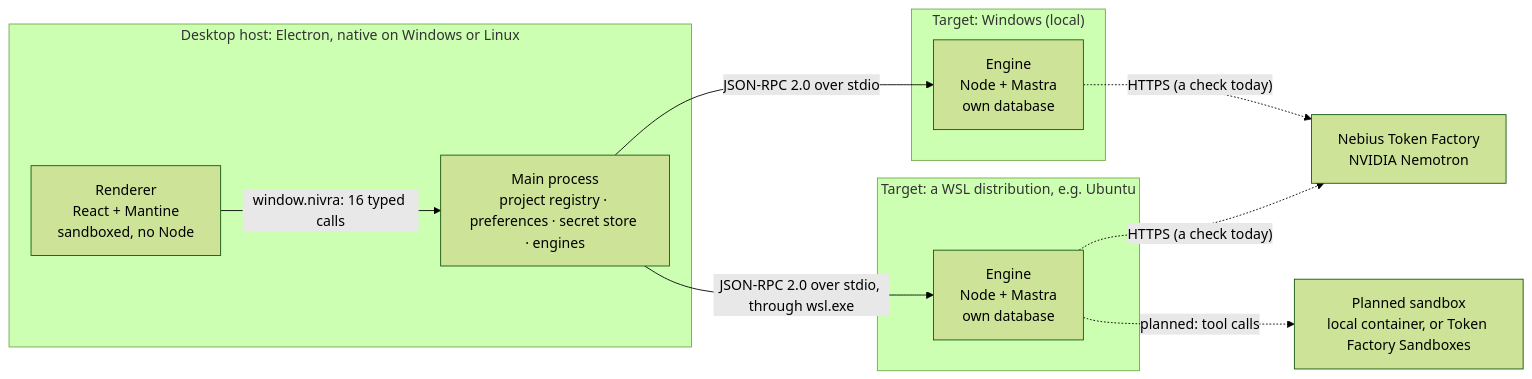
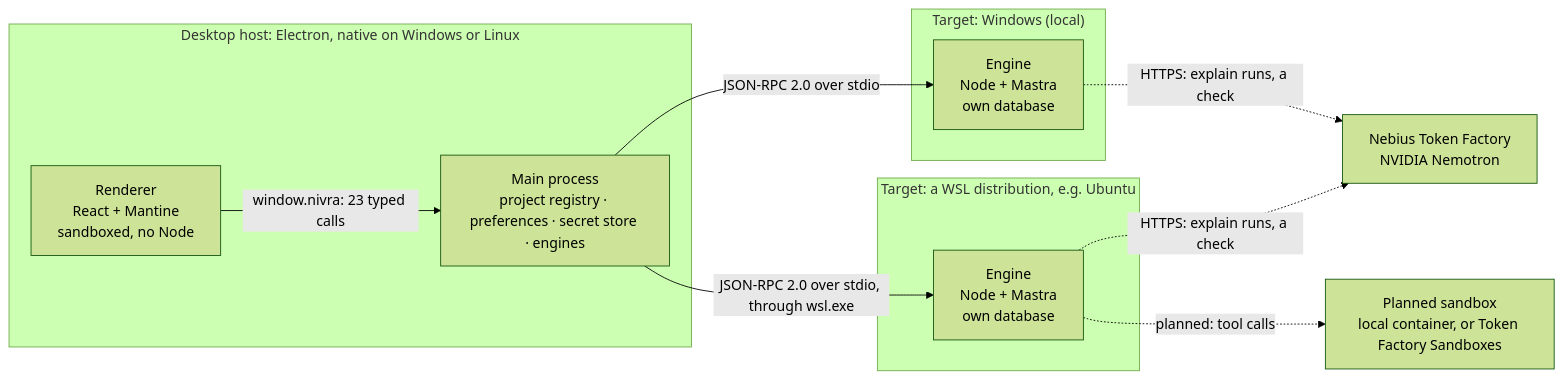
One commit to xXValhallaCoderXx/nivra-orchestrator changed the first of 4 diagrams in system-architecture.md. Above: the diagram before and after it, drawn with Mermaid (forest theme). The commit also changed other lines of this file and 71 other files, not shown here.

````diff
--- a/system-architecture.md
+++ b/system-architecture.md
@@ -61,19 +65,19 @@
 ```mermaid
 flowchart LR
   subgraph Host["Desktop host: Electron, native on Windows or Linux"]
     R["Renderer<br/>React + Mantine<br/>sandboxed, no Node"]
     M["Main process<br/>project registry · preferences · secret store · engines"]
-    R -- "window.nivra: 16 typed calls" --> M
+    R -- "window.nivra: 23 typed calls" --> M
   end
   subgraph W["Target: Windows (local)"]
     E1["Engine<br/>Node + Mastra<br/>own database"]
   end
   subgraph L["Target: a WSL distribution, e.g. Ubuntu"]
     E2["Engine<br/>Node + Mastra<br/>own database"]
   end
   M -- "JSON-RPC 2.0 over stdio" --> E1
   M -- "JSON-RPC 2.0 over stdio, through wsl.exe" --> E2
-  E1 -. "HTTPS (a check today)" .-> TF["Nebius Token Factory<br/>NVIDIA Nemotron"]
-  E2 -. "HTTPS (a check today)" .-> TF
+  E1 -. "HTTPS: explain runs, a check" .-> TF["Nebius Token Factory<br/>NVIDIA Nemotron"]
+  E2 -. "HTTPS: explain runs, a check" .-> TF
   E2 -. "planned: tool calls" .-> SB["Planned sandbox<br/>local container, or Token Factory Sandboxes"]
 ```
````
